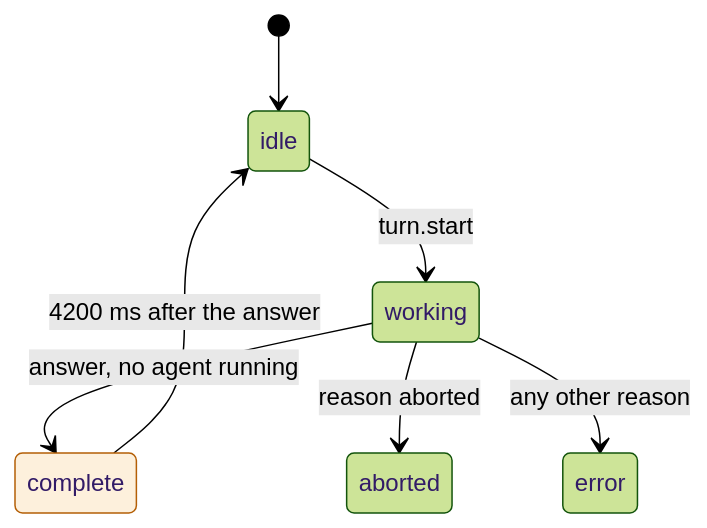
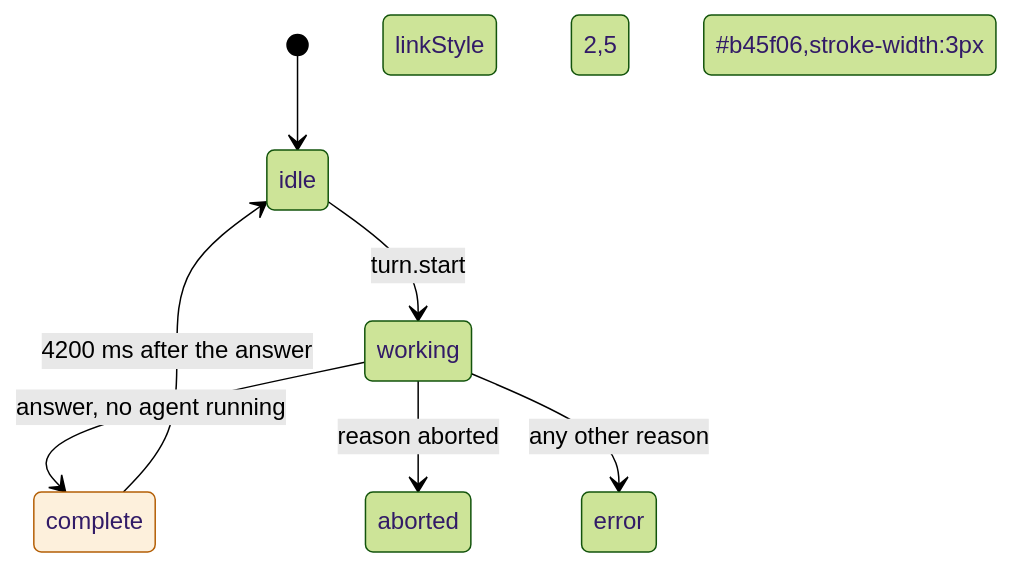
The first of 3 diagrams in mods/theme-cli/README.md (plaktoz/claude-mods), drawn with Mermaid (forest theme) before and after one commit. The commit also changed other lines of this file and 21 other files, not shown here.

````diff
--- a/mods/theme-cli/README.md
+++ b/mods/theme-cli/README.md
@@ -93,11 +104,12 @@
 ```mermaid
 stateDiagram-v2
     [*] --> idle
     idle --> working: turn.start
     working --> complete: answer, no agent running
     working --> aborted: reason aborted
     working --> error: any other reason
     complete --> idle: 4200 ms after the answer
+    linkStyle 2,5 stroke:#b45f06,stroke-width:3px
     classDef hot fill:#fdf0dc,stroke:#b45f06
     class complete hot
 ```
````
